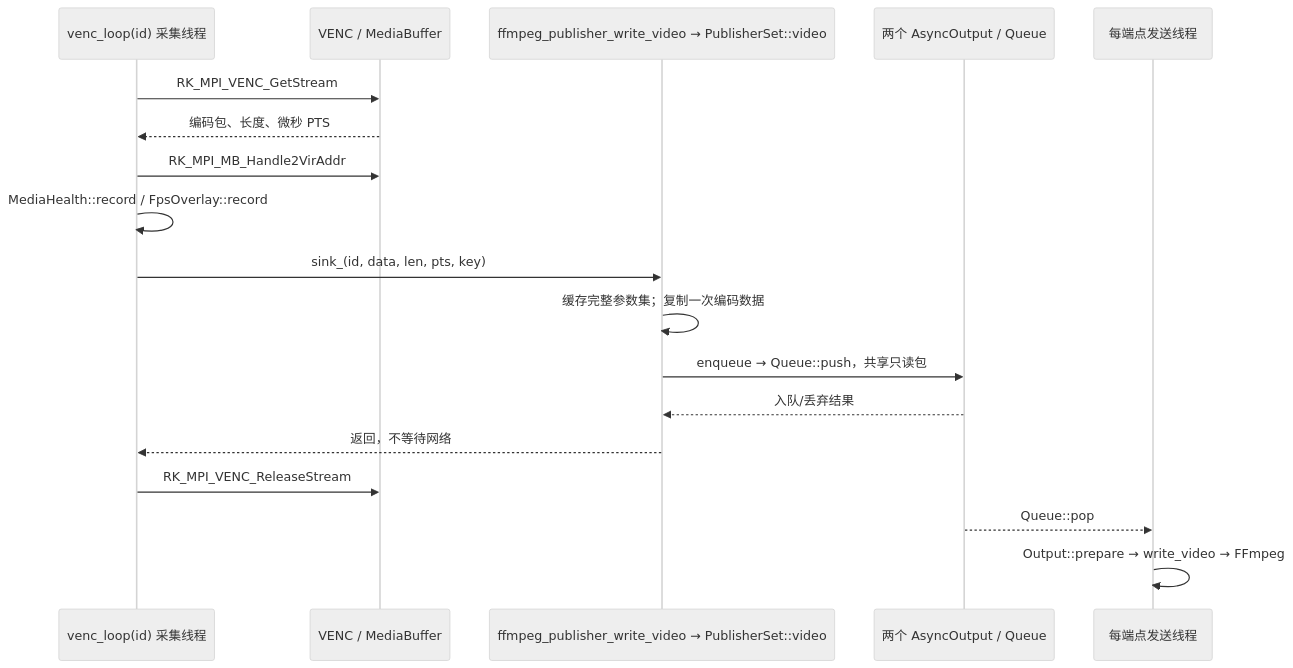
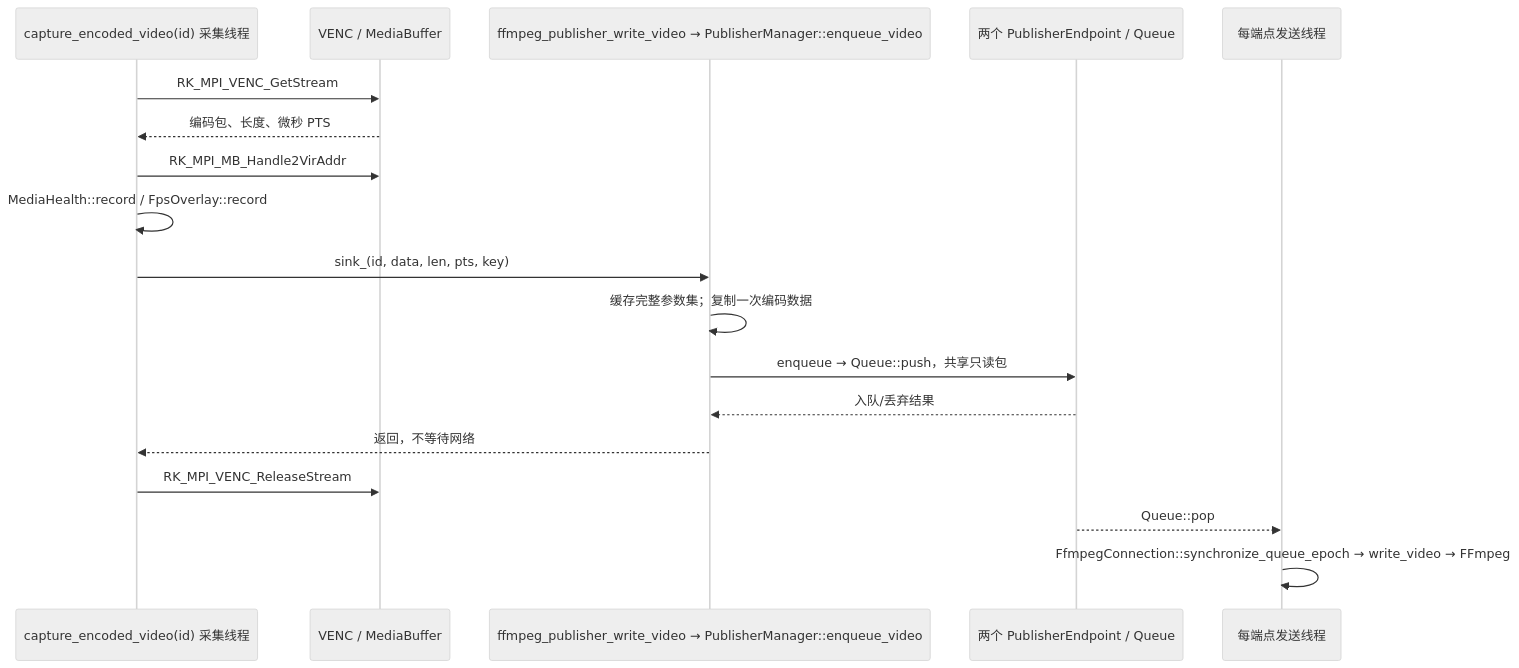
The third of 7 diagrams in README.md (guozhenhui0317-del/rv1106ipc), drawn with Mermaid (neutral theme) before and after one commit. The commit also changed other lines of this file and 6 other files, not shown here.

````diff
--- a/README.md
+++ b/README.md
@@ -234,20 +240,20 @@
 ```mermaid
 sequenceDiagram
-    participant V as venc_loop(id) 采集线程
+    participant V as capture_encoded_video(id) 采集线程
     participant SDK as VENC / MediaBuffer
-    participant P as ffmpeg_publisher_write_video → PublisherSet::video
-    participant Q as 两个 AsyncOutput / Queue
+    participant P as ffmpeg_publisher_write_video → PublisherManager::enqueue_video
+    participant Q as 两个 PublisherEndpoint / Queue
     participant W as 每端点发送线程
     V->>SDK: RK_MPI_VENC_GetStream
     SDK-->>V: 编码包、长度、微秒 PTS
     V->>SDK: RK_MPI_MB_Handle2VirAddr
     V->>V: MediaHealth::record / FpsOverlay::record
     V->>P: sink_(id, data, len, pts, key)
     P->>P: 缓存完整参数集；复制一次编码数据
     P->>Q: enqueue → Queue::push，共享只读包
     Q-->>P: 入队/丢弃结果
     P-->>V: 返回，不等待网络
     V->>SDK: RK_MPI_VENC_ReleaseStream
     Q-->>W: Queue::pop
-    W->>W: Output::prepare → write_video → FFmpeg
+    W->>W: FfmpegConnection::synchronize_queue_epoch → write_video → FFmpeg
 ```
````
